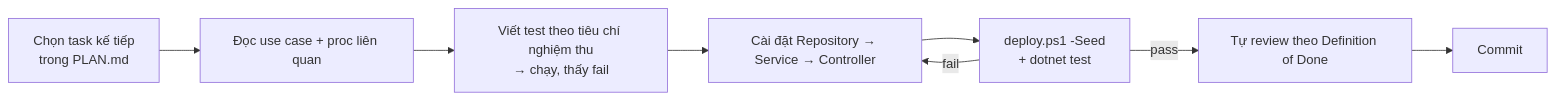
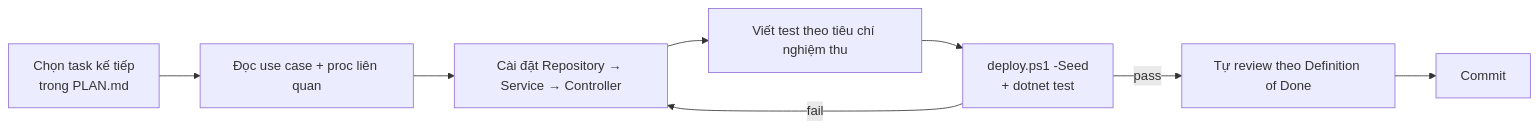
One commit to khanghb2006/BankingSystem changed the tenth of 11 diagrams in docs/pipeline.md. Above: the diagram before and after it, drawn with Mermaid. The commit also changed 2 other files, not shown here.

Commit message:
docs: switch workflow to code-first and M6 scalling task

````diff
--- a/docs/pipeline.md
+++ b/docs/pipeline.md
@@ -175,10 +175,10 @@
 ```mermaid
 flowchart LR
     A[Chọn task kế tiếp<br/>trong PLAN.md] --> B[Đọc use case + proc liên quan]
-    B --> C[Viết test theo tiêu chí nghiệm thu<br/>→ chạy, thấy fail]
-    C --> D[Cài đặt Repository → Service → Controller]
+    B --> C[Cài đặt Repository → Service → Controller]
+    C --> D[Viết test theo tiêu chí nghiệm thu]
     D --> E[deploy.ps1 -Seed<br/>+ dotnet test]
-    E -- fail --> D
+    E -- fail --> C
     E -- pass --> F[Tự review theo Definition of Done]
     F --> G[Commit]
 ```
````
